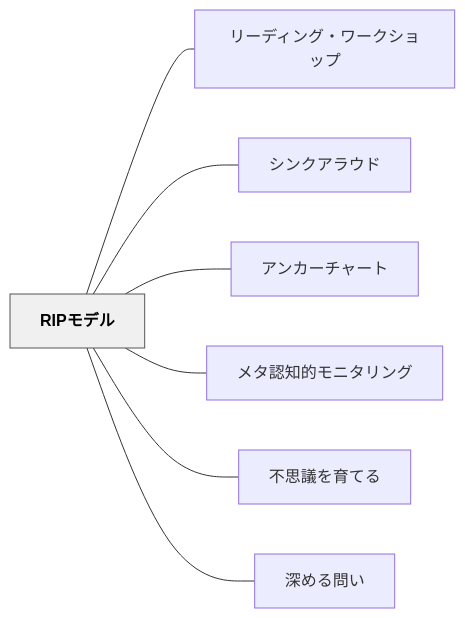
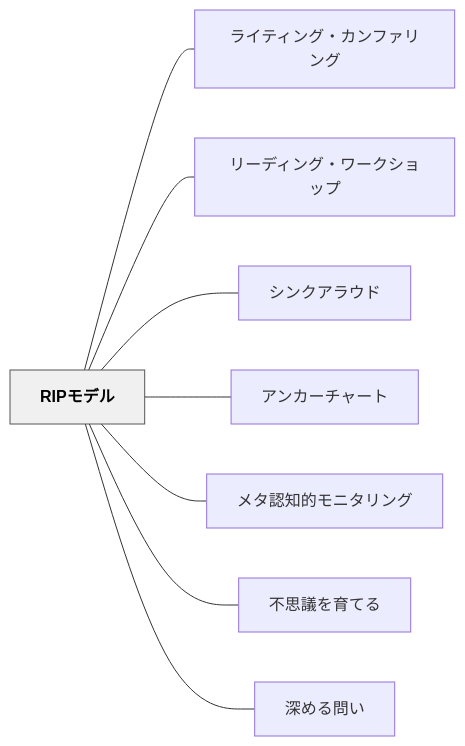
The diagram in content/パタン/RIPモデル.md (unknownthings-ed-patterns/unknownthings-ed-patterns), drawn with Mermaid before and after one commit. The commit also changed other lines of this file and 473 other files, not shown here.

````diff
--- a/content/パタン/RIPモデル.md
+++ b/content/パタン/RIPモデル.md
@@ -167,20 +168,22 @@
 ```mermaid
 flowchart LR
     n524950e383a2["RIPモデル"]
+    ne383a9e382a4["ライティング・カンファリング"]
     ne383aae383bc["リーディング・ワークショップ"]
     ne382b7e383b3["シンクアラウド"]
     ne382a2e383b3["アンカーチャート"]
     ne383a1e382bf["メタ認知的モニタリング"]
     ne4b88de6809d["不思議を育てる"]
     ne6b7b1e38281["深める問い"]
 
+    n524950e383a2 --- ne383a9e382a4
     n524950e383a2 --- ne383aae383bc
     n524950e383a2 --- ne382b7e383b3
     n524950e383a2 --- ne382a2e383b3
     n524950e383a2 --- ne383a1e382bf
     n524950e383a2 --- ne4b88de6809d
     n524950e383a2 --- ne6b7b1e38281
 
     classDef hub fill:#f0f0f0,stroke:#555,color:#000,font-weight:bold
     class n524950e383a2 hub
 ```
````
